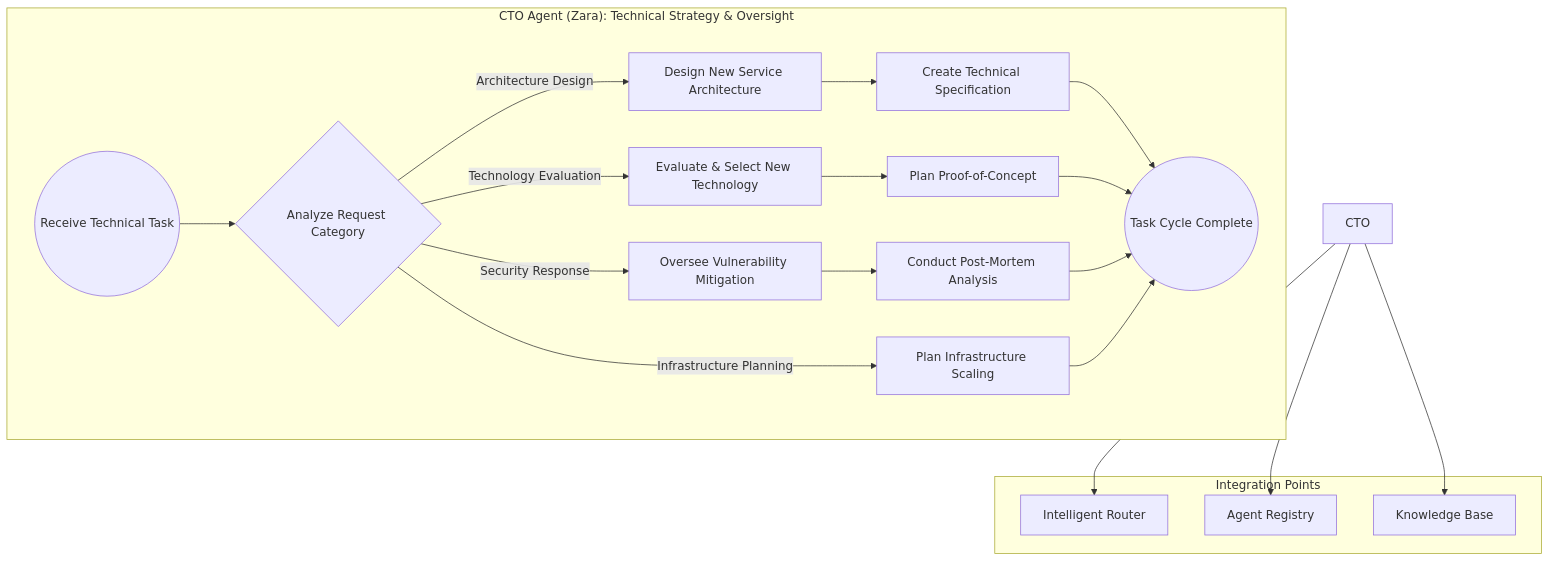
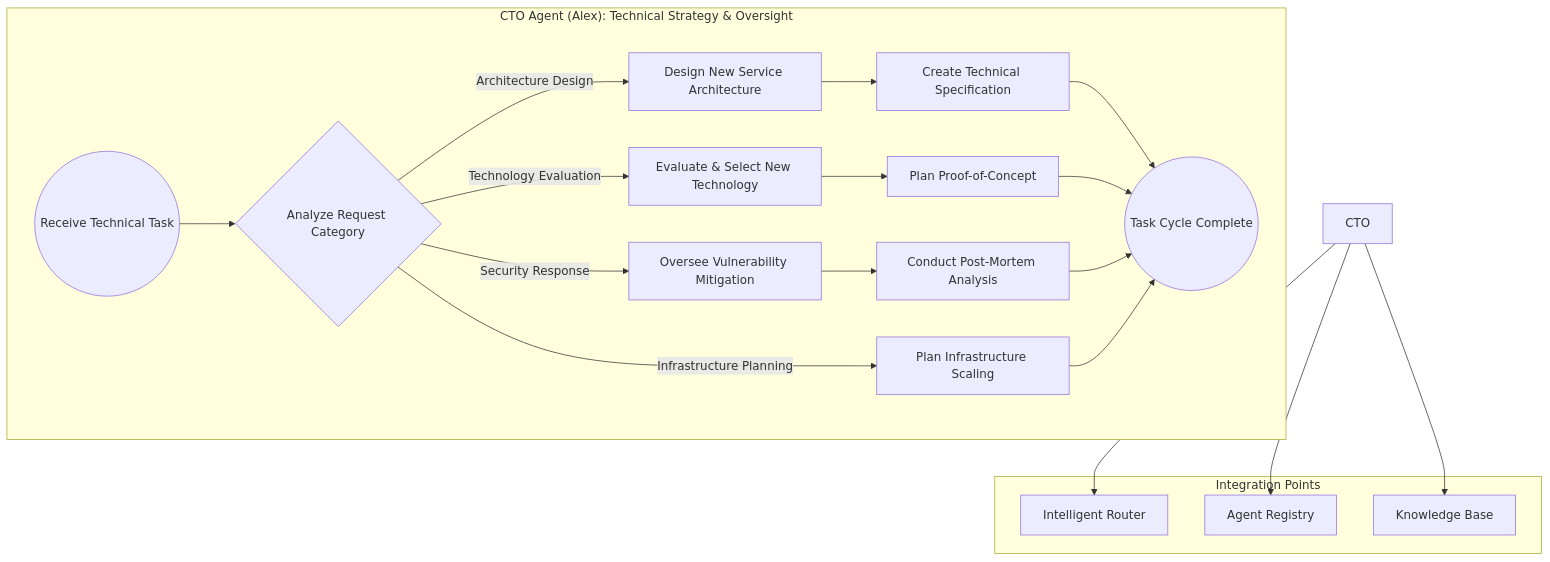
Before and after one commit to 371-Minds/os: the second of 5 diagrams in .qoder/repowiki/en/content/CTO Agent (Alex).md, drawn with Mermaid. The commit also changed other lines of this file and 8 other files, not shown here.

````diff
--- a/.qoder/repowiki/en/content/CTO Agent (Alex).md
+++ b/.qoder/repowiki/en/content/CTO Agent (Alex).md
@@ -99,25 +109,25 @@
 ```mermaid
 graph TD
-subgraph "CTO Agent (Zara): Technical Strategy & Oversight"
+subgraph "CTO Agent (Alex): Technical Strategy & Oversight"
 Start((Receive Technical Task)) --> AnalyzeTask{Analyze Request Category};
 AnalyzeTask -- "Architecture Design" --> DesignArch[Design New Service Architecture];
 DesignArch --> CreateSpec[Create Technical Specification];
 CreateSpec --> End((Task Cycle Complete));
 AnalyzeTask -- "Technology Evaluation" --> EvalTech[Evaluate & Select New Technology];
 EvalTech --> POC[Plan Proof-of-Concept];
 POC --> End;
 AnalyzeTask -- "Security Response" --> MitigateVuln[Oversee Vulnerability Mitigation];
 MitigateVuln --> PostMortem[Conduct Post-Mortem Analysis];
 PostMortem --> End;
 AnalyzeTask -- "Infrastructure Planning" --> PlanScaling[Plan Infrastructure Scaling];
 PlanScaling --> End;
 end
 subgraph "Integration Points"
 Router[Intelligent Router]
 Registry[Agent Registry]
 KnowledgeBase[Knowledge Base]
 end
 CTO --> Router
 CTO --> Registry
 CTO --> KnowledgeBase
 ```
````
